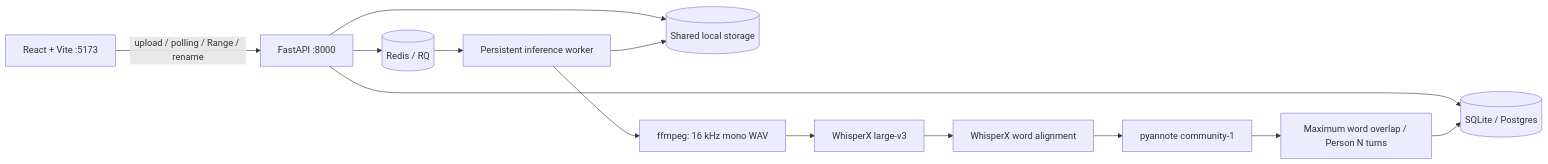
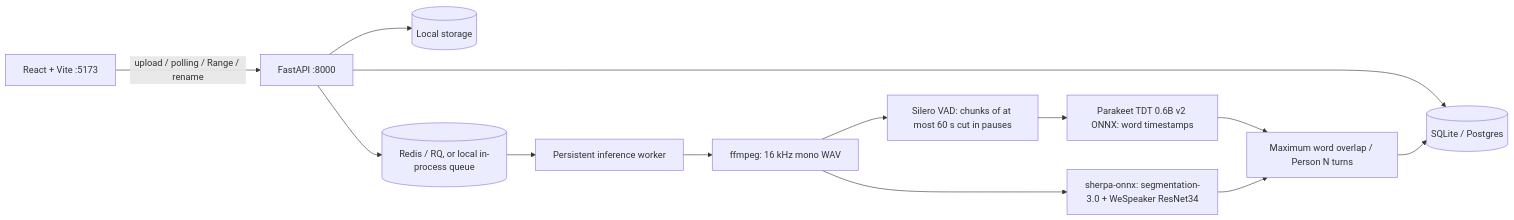
Before and after one commit to Chandan-Argyll/Audio_Transcriber: the diagram in README.md, drawn with Mermaid. The commit also changed other lines of this file and 3 other files, not shown here.

````diff
--- a/README.md
+++ b/README.md
@@ -64,15 +57,15 @@
 ```mermaid
 flowchart LR
   Browser[React + Vite :5173] -->|upload / polling / Range / rename| API[FastAPI :8000]
   API --> DB[(SQLite / Postgres)]
-  API --> Files[(Shared local storage)]
-  API --> Redis[(Redis / RQ)]
-  Redis --> Worker[Persistent inference worker]
+  API --> Files[(Local storage)]
+  API --> Queue[(Redis / RQ, or local in-process queue)]
+  Queue --> Worker[Persistent inference worker]
   Worker --> FF[ffmpeg: 16 kHz mono WAV]
-  FF --> STT[WhisperX large-v3]
-  STT --> Align[WhisperX word alignment]
-  Align --> Diar[pyannote community-1]
-  Diar --> Merge[Maximum word overlap / Person N turns]
+  FF --> VAD[Silero VAD: chunks of at most 60 s cut in pauses]
+  VAD --> STT[Parakeet TDT 0.6B v2 ONNX: word timestamps]
+  FF --> Diar[sherpa-onnx: segmentation-3.0 + WeSpeaker ResNet34]
+  STT --> Merge[Maximum word overlap / Person N turns]
+  Diar --> Merge
   Merge --> DB
-  Worker --> Files
 ```
````
